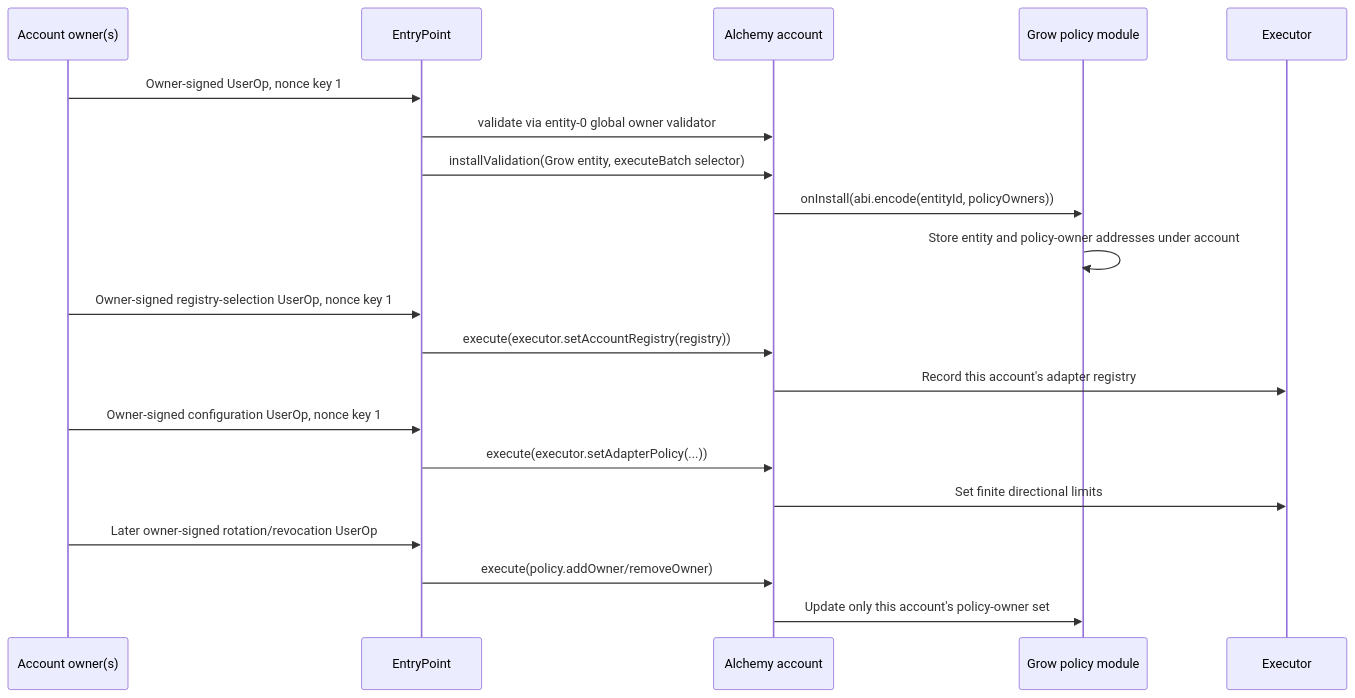
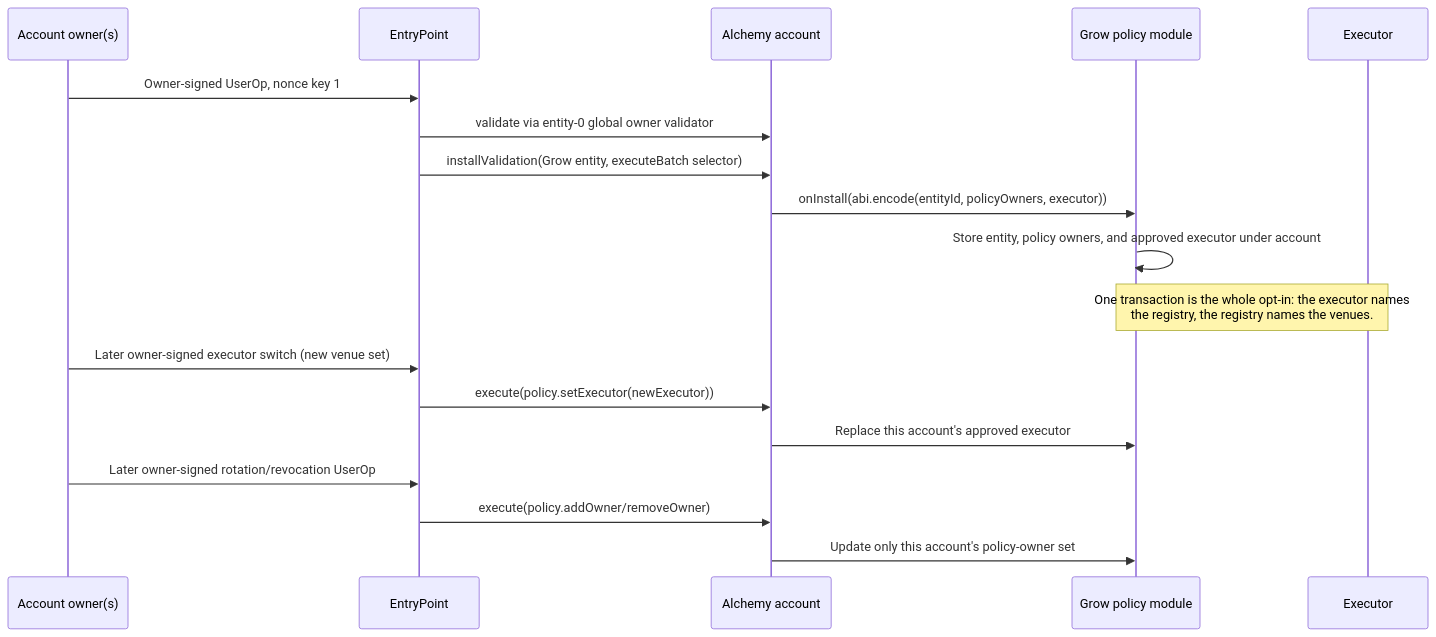
The third of 4 diagrams in docs/ARCHITECTURE.md (getgrowapp/smart-contracts), drawn with Mermaid before and after one commit. The commit also changed other lines of this file and 25 other files, not shown here.

````diff
--- a/docs/ARCHITECTURE.md
+++ b/docs/ARCHITECTURE.md
@@ -497,26 +510,23 @@
 ```mermaid
 sequenceDiagram
     participant O as Account owner(s)
     participant EP as EntryPoint
     participant A as Alchemy account
     participant P as Grow policy module
     participant X as Executor
 
     O->>EP: Owner-signed UserOp, nonce key 1
     EP->>A: validate via entity-0 global owner validator
     EP->>A: installValidation(Grow entity, executeBatch selector)
-    A->>P: onInstall(abi.encode(entityId, policyOwners))
-    P->>P: Store entity and policy-owner addresses under account
+    A->>P: onInstall(abi.encode(entityId, policyOwners, executor))
+    P->>P: Store entity, policy owners, and approved executor under account
+    Note over P,X: One transaction is the whole opt-in: the executor names<br/>the registry, the registry names the venues.
 
-    O->>EP: Owner-signed registry-selection UserOp, nonce key 1
-    EP->>A: execute(executor.setAccountRegistry(registry))
-    A->>X: Record this account's adapter registry
-
-    O->>EP: Owner-signed configuration UserOp, nonce key 1
-    EP->>A: execute(executor.setAdapterPolicy(...))
-    A->>X: Set finite directional limits
+    O->>EP: Later owner-signed executor switch (new venue set)
+    EP->>A: execute(policy.setExecutor(newExecutor))
+    A->>P: Replace this account's approved executor
 
     O->>EP: Later owner-signed rotation/revocation UserOp
     EP->>A: execute(policy.addOwner/removeOwner)
     A->>P: Update only this account's policy-owner set
 ```
````
